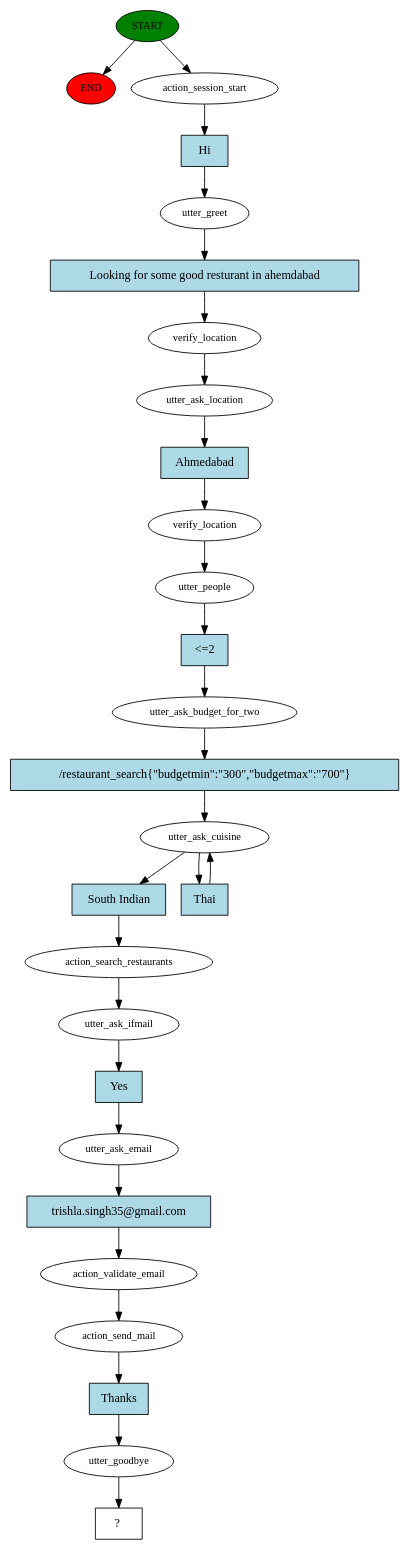
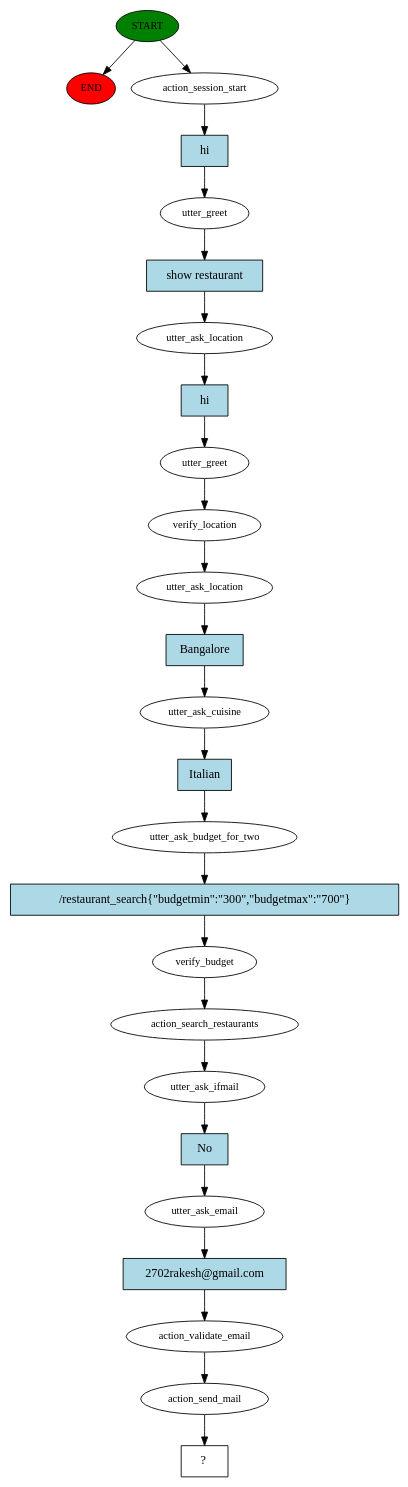
Before and after one commit to RakeshKumar045/Restaurant_Rasa_Chatbot_Python: the diagram in story_graph.dot, drawn with Graphviz. The commit also changed 3 other files, not shown here.

```diff
--- a/story_graph.dot
+++ b/story_graph.dot
@@ -1,56 +1,51 @@
 digraph  {
 0 [class="start active", fillcolor=green, fontsize=12, label=START, style=filled];
 "-1" [class=end, fillcolor=red, fontsize=12, label=END, style=filled];
 1 [class=active, fontsize=12, label=action_session_start];
 2 [class=active, fontsize=12, label=utter_greet];
-3 [class=active, fontsize=12, label=verify_location];
-4 [class=active, fontsize=12, label=utter_ask_location];
+3 [class=active, fontsize=12, label=utter_ask_location];
+4 [class=active, fontsize=12, label=utter_greet];
 5 [class=active, fontsize=12, label=verify_location];
-6 [class=active, fontsize=12, label=utter_people];
-7 [class=active, fontsize=12, label=utter_ask_budget_for_two];
-8 [class=active, fontsize=12, label=utter_ask_cuisine];
+6 [class=active, fontsize=12, label=utter_ask_location];
+7 [class=active, fontsize=12, label=utter_ask_cuisine];
+8 [class=active, fontsize=12, label=utter_ask_budget_for_two];
+9 [class=active, fontsize=12, label=verify_budget];
 10 [class=active, fontsize=12, label=action_search_restaurants];
 11 [class=active, fontsize=12, label=utter_ask_ifmail];
 12 [class=active, fontsize=12, label=utter_ask_email];
 13 [class=active, fontsize=12, label=action_validate_email];
 14 [class=active, fontsize=12, label=action_send_mail];
-15 [class=active, fontsize=12, label=utter_goodbye];
-16 [class="intent dashed active", label="  ?  ", shape=rect];
-17 [class="intent active", fillcolor=lightblue, label=Hi, shape=rect, style=filled];
-18 [class="intent active", fillcolor=lightblue, label="Looking for some good resturant in ahemdabad", shape=rect, style=filled];
-19 [class="intent active", fillcolor=lightblue, label=Ahmedabad, shape=rect, style=filled];
-20 [class="intent active", fillcolor=lightblue, label="<=2", shape=rect, style=filled];
+15 [class="intent dashed active", label="  ?  ", shape=rect];
+16 [class="intent active", fillcolor=lightblue, label=hi, shape=rect, style=filled];
+17 [class="intent active", fillcolor=lightblue, label="show restaurant", shape=rect, style=filled];
+18 [class="intent active", fillcolor=lightblue, label=hi, shape=rect, style=filled];
+19 [class="intent active", fillcolor=lightblue, label=Bangalore, shape=rect, style=filled];
+20 [class="intent active", fillcolor=lightblue, label=Italian, shape=rect, style=filled];
 21 [class="intent active", fillcolor=lightblue, label="/restaurant_search{\"budgetmin\":\"300\",\"budgetmax\":\"700\"}", shape=rect, style=filled];
-22 [class="intent active", fillcolor=lightblue, label="South Indian", shape=rect, style=filled];
-23 [class="intent active", fillcolor=lightblue, label=Thai, shape=rect, style=filled];
-24 [class="intent active", fillcolor=lightblue, label=Yes, shape=rect, style=filled];
-25 [class="intent active", fillcolor=lightblue, label="trishla.singh35@gmail.com", shape=rect, style=filled];
-26 [class="intent active", fillcolor=lightblue, label=Thanks, shape=rect, style=filled];
+22 [class="intent active", fillcolor=lightblue, label=No, shape=rect, style=filled];
+23 [class="intent active", fillcolor=lightblue, label="2702rakesh@gmail.com", shape=rect, style=filled];
 0 -> "-1"  [class="", key=NONE, label=""];
 0 -> 1  [class=active, key=NONE, label=""];
-1 -> 17  [class=active, key=0];
-2 -> 18  [class=active, key=0];
-3 -> 4  [class=active, key=NONE, label=""];
-4 -> 19  [class=active, key=0];
+1 -> 16  [class=active, key=0];
+2 -> 17  [class=active, key=0];
+3 -> 18  [class=active, key=0];
+4 -> 5  [class=active, key=NONE, label=""];
 5 -> 6  [class=active, key=NONE, label=""];
-6 -> 20  [class=active, key=0];
-7 -> 21  [class=active, key=0];
-8 -> 22  [class=active, key=0];
-8 -> 23  [class=active, key=0];
+6 -> 19  [class=active, key=0];
+7 -> 20  [class=active, key=0];
+8 -> 21  [class=active, key=0];
+9 -> 10  [class=active, key=NONE, label=""];
 10 -> 11  [class=active, key=NONE, label=""];
-11 -> 24  [class=active, key=0];
-12 -> 25  [class=active, key=0];
+11 -> 22  [class=active, key=0];
+12 -> 23  [class=active, key=0];
 13 -> 14  [class=active, key=NONE, label=""];
-14 -> 26  [class=active, key=0];
-15 -> 16  [class=active, key=NONE, label=""];
-17 -> 2  [class=active, key=0];
-18 -> 3  [class=active, key=0];
-19 -> 5  [class=active, key=0];
-20 -> 7  [class=active, key=0];
-21 -> 8  [class=active, key=0];
-22 -> 10  [class=active, key=0];
-23 -> 8  [class=active, key=0];
-24 -> 12  [class=active, key=0];
-25 -> 13  [class=active, key=0];
-26 -> 15  [class=active, key=0];
+14 -> 15  [class=active, key=NONE, label=""];
+16 -> 2  [class=active, key=0];
+17 -> 3  [class=active, key=0];
+18 -> 4  [class=active, key=0];
+19 -> 7  [class=active, key=0];
+20 -> 8  [class=active, key=0];
+21 -> 9  [class=active, key=0];
+22 -> 12  [class=active, key=0];
+23 -> 13  [class=active, key=0];
 }
```
